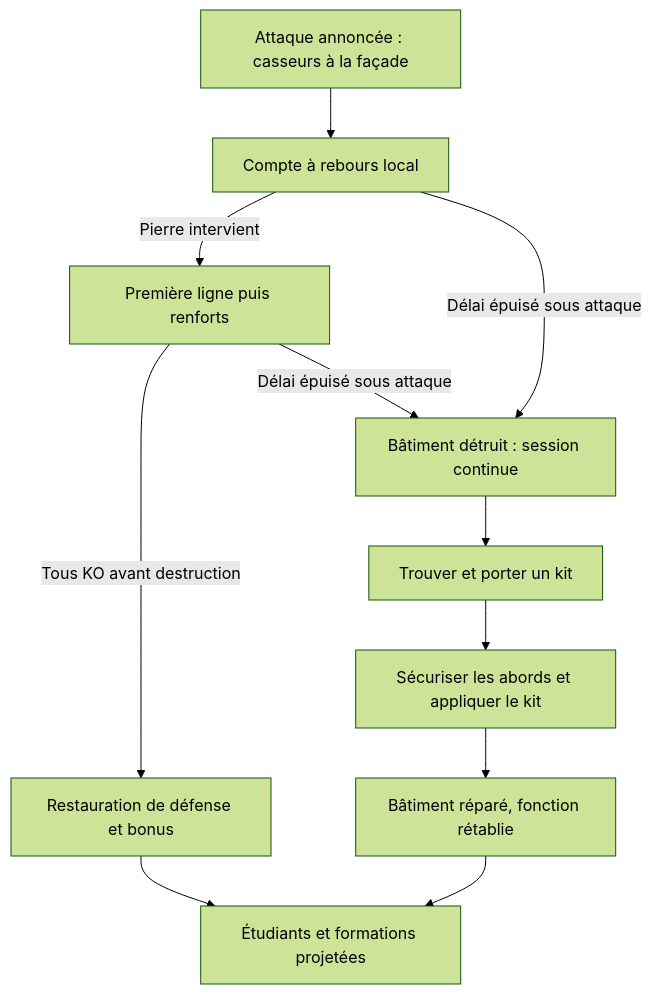
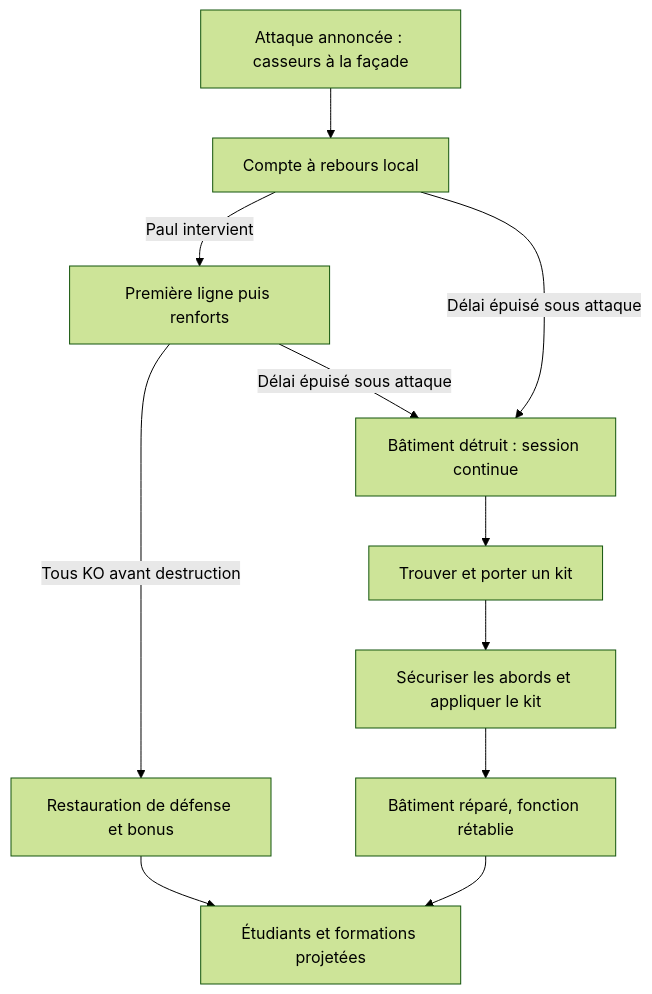
One commit to thlaure/BreakBreaker changed the second of 2 diagrams in docs/CAHIER_DES_CHARGES.md. Above: the diagram before and after it, drawn with Mermaid (forest theme). The commit also changed other lines of this file and 3 other files, not shown here.

````diff
--- a/docs/CAHIER_DES_CHARGES.md
+++ b/docs/CAHIER_DES_CHARGES.md
@@ -365,13 +405,13 @@
 ```mermaid
 flowchart TD
   A[Attaque annoncée : casseurs à la façade] --> B[Compte à rebours local]
-  B -->|Pierre intervient| C[Première ligne puis renforts]
+  B -->|Paul intervient| C[Première ligne puis renforts]
   C -->|Tous KO avant destruction| D[Restauration de défense et bonus]
   B -->|Délai épuisé sous attaque| E[Bâtiment détruit : session continue]
   C -->|Délai épuisé sous attaque| E
   E --> F[Trouver et porter un kit]
   F --> G[Sécuriser les abords et appliquer le kit]
   G --> H[Bâtiment réparé, fonction rétablie]
   D --> I[Étudiants et formations projetées]
   H --> I
 ```
````
